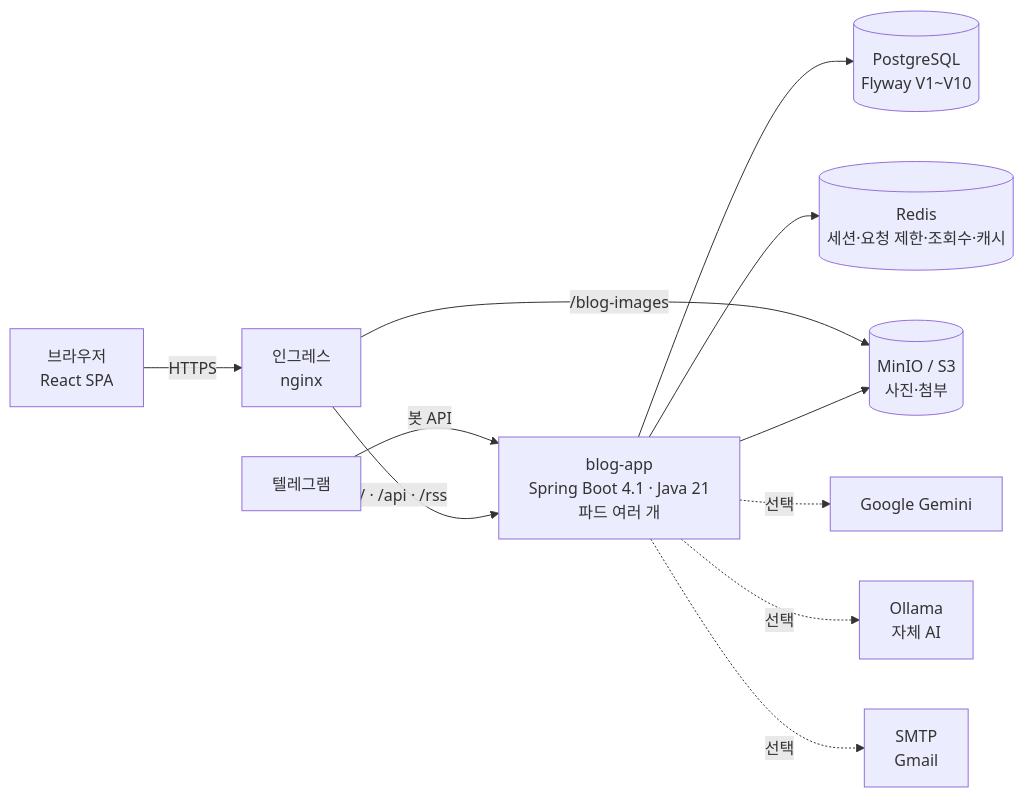
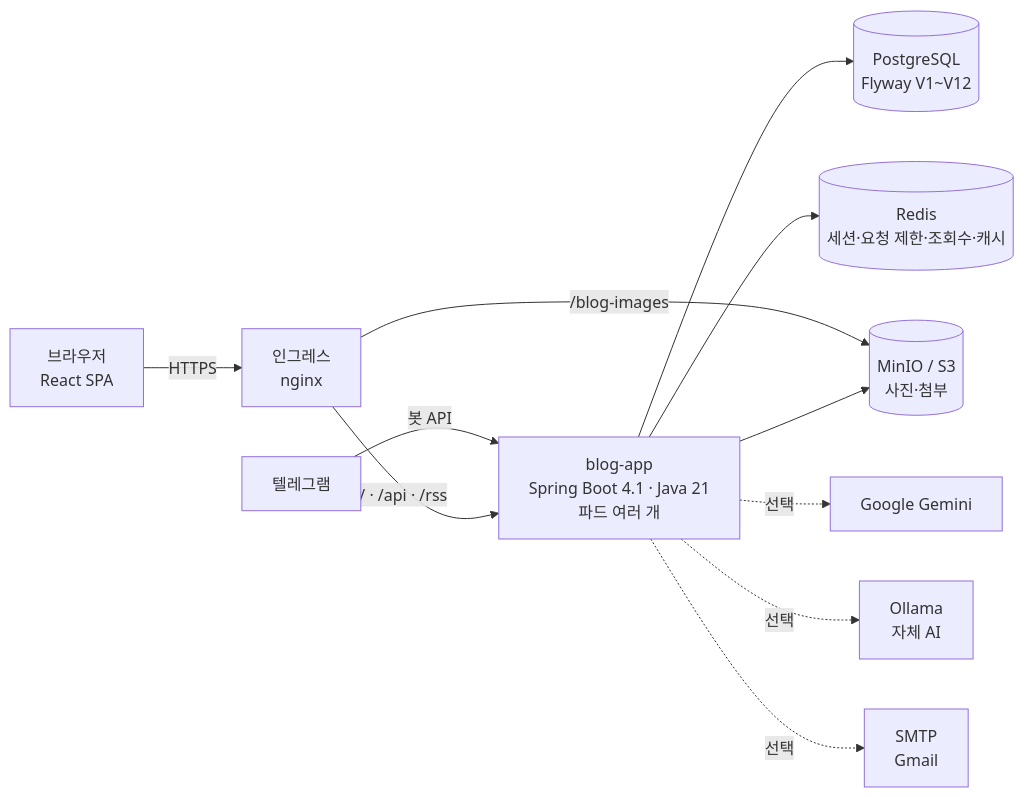
One commit to AIGJ-01-002-blog/.github changed the first of 3 diagrams in profile/README.md. Above: the diagram before and after it, drawn with Mermaid. The commit also changed other lines of this file, not shown here.

````diff
--- a/profile/README.md
+++ b/profile/README.md
@@ -142,13 +145,13 @@
 ```mermaid
 flowchart LR
     B[브라우저<br/>React SPA] -->|HTTPS| I[인그레스<br/>nginx]
     T[텔레그램] -->|봇 API| A
     I -->|/ · /api · /rss| A[blog-app<br/>Spring Boot 4.1 · Java 21<br/>파드 여러 개]
     I -->|/blog-images| M[(MinIO / S3<br/>사진·첨부)]
-    A --> P[(PostgreSQL<br/>Flyway V1~V10)]
+    A --> P[(PostgreSQL<br/>Flyway V1~V12)]
     A --> R[(Redis<br/>세션·요청 제한·조회수·캐시)]
     A --> M
     A -.선택.-> G[Google Gemini]
     A -.선택.-> O[Ollama<br/>자체 AI]
     A -.선택.-> S[SMTP<br/>Gmail]
 ```
````
